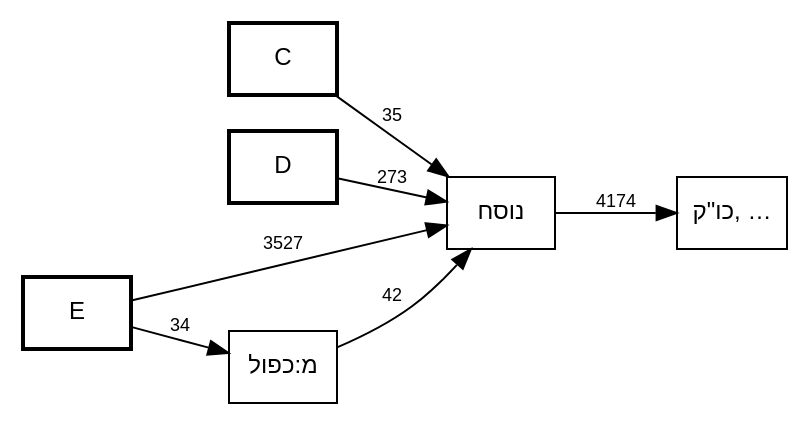
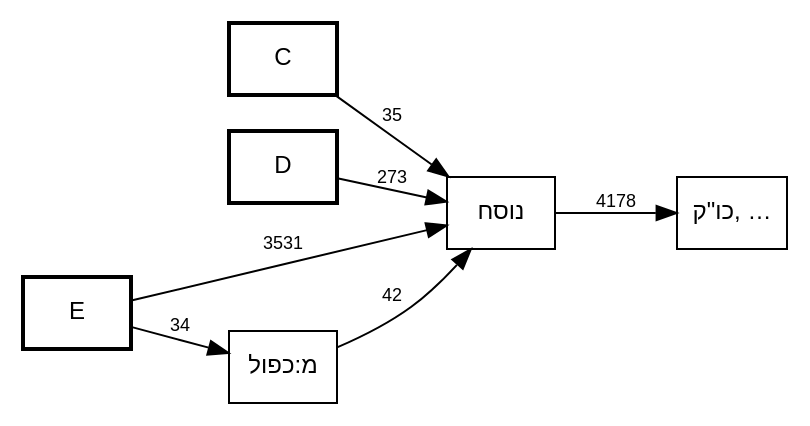
The diagram in out/MAM-tmpl-survey/plus-nusach-call-graph.dot (bdenckla/MAM-basics), drawn with Graphviz before and after one commit. The commit also changed 5 other files, not shown here.

```diff
--- a/out/MAM-tmpl-survey/plus-nusach-call-graph.dot
+++ b/out/MAM-tmpl-survey/plus-nusach-call-graph.dot
@@ -1,60 +1,60 @@
 digraph template_call_graph {
     rankdir=LR;
     node [fontname="SBL Hebrew,Helvetica", fontsize=12];
     edge [fontname="Helvetica", fontsize=9];
 
     // Column nodes
     node [shape=box, style=bold];
     "C";
     "D";
     "E";
 
     // Template nodes
     node [shape=box, style=""];
     "כו\"ק" [label="כו\"ק, …", tooltip="כו\"ק
 כתיב ולא קרי
 מ:אות-מיוחדת-במילה
 מ:אין פרשה בתחילת פרק
 מ:אין פרשה בתחילת פרק בספרי אמ\"ת
 מ:דחי
 מ:הערה-2
 מ:כו\"ק בין שני מקפים
 מ:כו\"ק כתיב מילה חדה וקרי תרתין מילין
 מ:כו\"ק כתיב מילה חדה וקרי תרתין מילין בין שני מקפים
 מ:כו\"ק כתיב תרתין מילין וקרי מילה חדה
 מ:כו\"ק קרי שונה מהכתיב בשתי מילים
 מ:כו\"ק של שלוש מילים בהערה אחת
 מ:כו\"ק של שתי מילים בהערה אחת
 מ:לגרמיה-2
 מ:מקף אפור
 מ:נו\"ן הפוכה
 מ:פסוק
 מ:פסק
 מ:צינור
 מ:קו\"כ כתיב מילה חדה וקרי תרתין מילין
 מ:קו\"כ קרי שונה מהכתיב בשתי מילים
 מ:קישור בהערה
 מ:קישור פנימי בהערה
 מ:קמץ
 מודגש
 סס
 ססס
 פפ
 פפפ
 קו\"כ
 קו\"כ-אם
 קרי ולא כתיב
 ר0
 ר1
 ר3
 ר4
 ש"];
 
     // Edges
     "C" -> "נוסח" [label="35"];
     "D" -> "נוסח" [label="273"];
     "E" -> "מ:כפול" [label="34"];
-    "E" -> "נוסח" [label="3527"];
+    "E" -> "נוסח" [label="3531"];
     "מ:כפול" -> "נוסח" [label="42"];
-    "נוסח" -> "כו\"ק" [label="4174"];
+    "נוסח" -> "כו\"ק" [label="4178"];
 }
```
